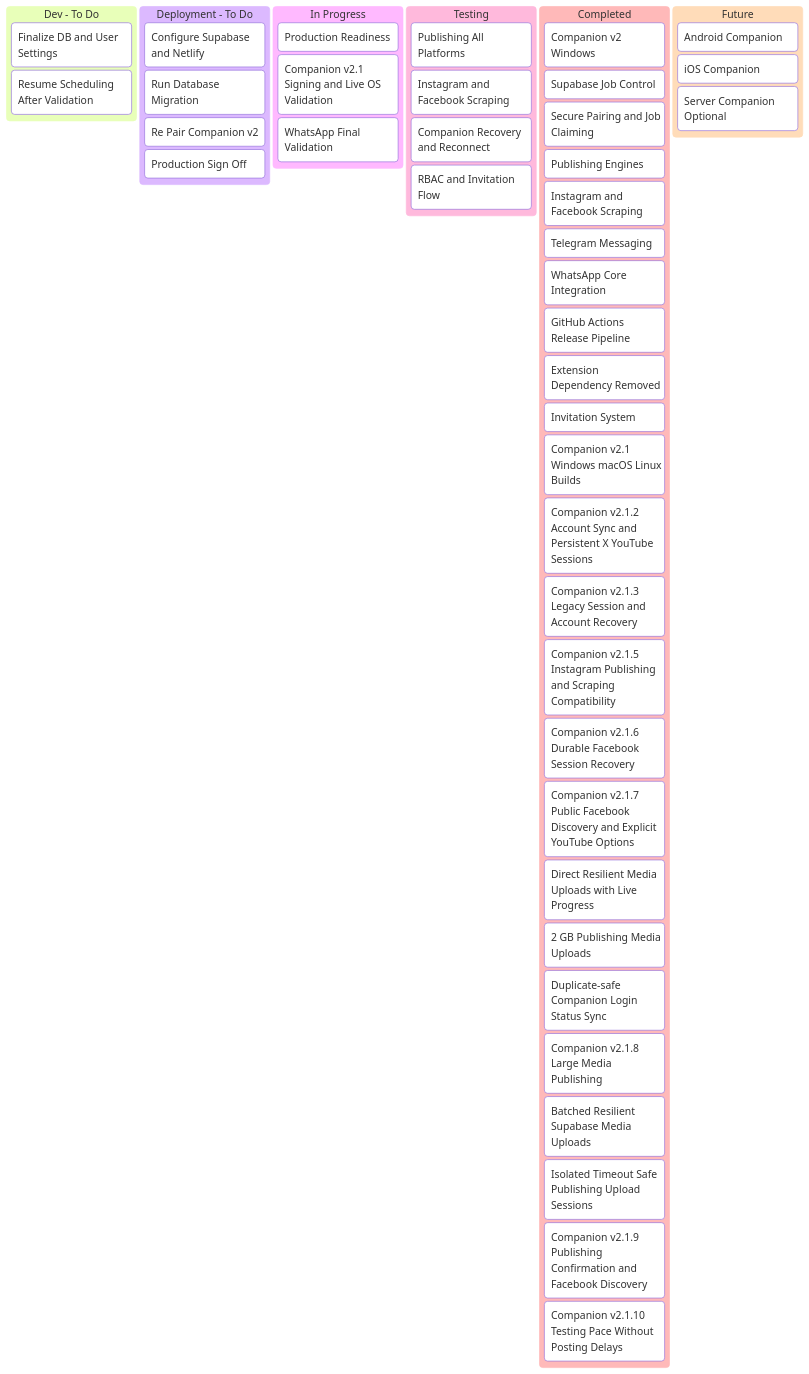
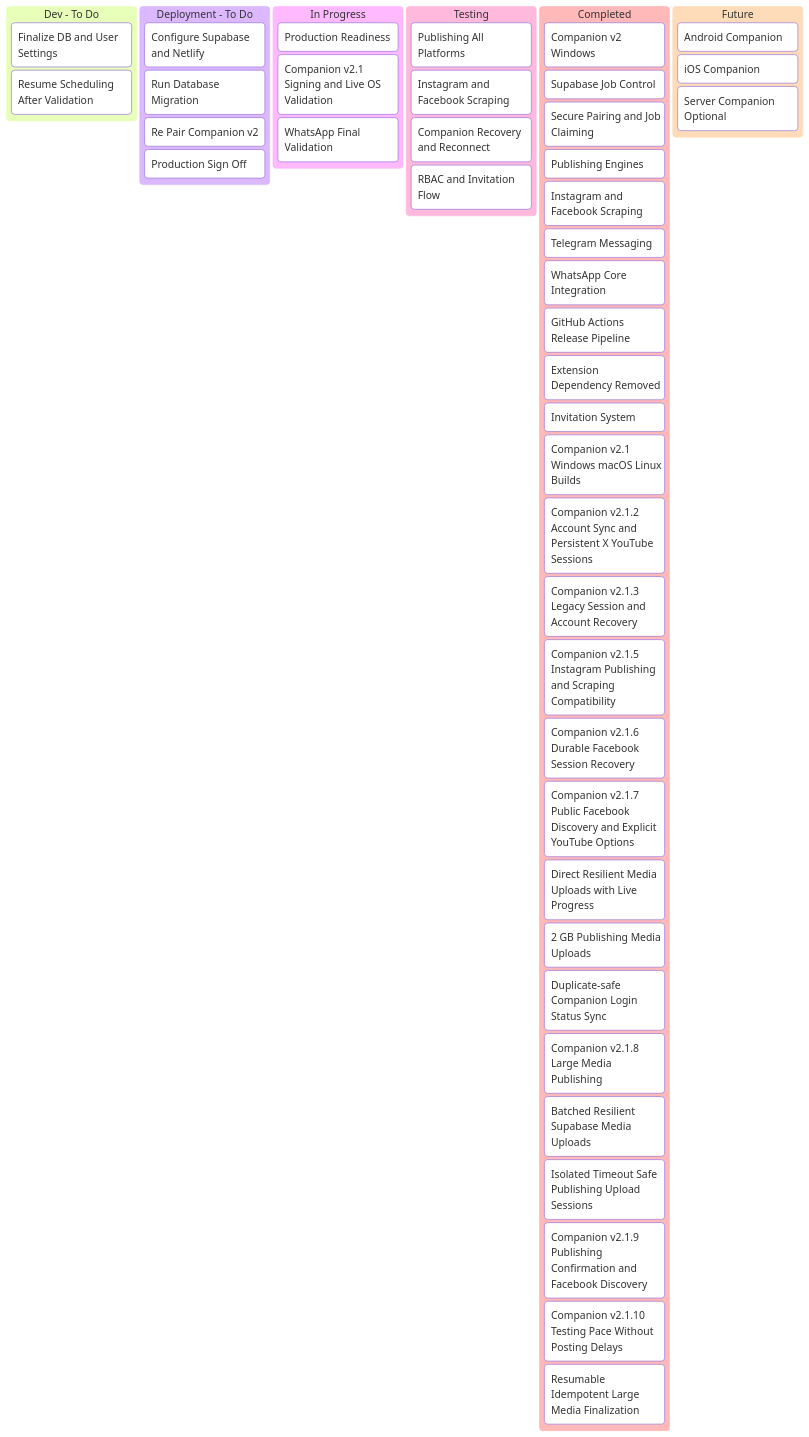
One commit to tinitiateprime/agentic-that changed the first of 2 diagrams in agentic-that-project-tracker.md. Above: the diagram before and after it, drawn with Mermaid. The commit also changed 7 other files, not shown here.

Commit message:
fix: make publishing finalization resumable

````diff
--- a/agentic-that-project-tracker.md
+++ b/agentic-that-project-tracker.md
@@ -5,54 +5,55 @@
 ```mermaid
 kanban
   devTodo[Dev - To Do]
     dev1[Finalize DB and User Settings]
     dev2[Resume Scheduling After Validation]
 
   deploymentTodo[Deployment - To Do]
     dep1[Configure Supabase and Netlify]
     dep2[Run Database Migration]
     dep3[Re Pair Companion v2]
     dep4[Production Sign Off]
 
   inProgress[In Progress]
     prog1[Production Readiness]
     prog2[Companion v2.1 Signing and Live OS Validation]
     prog3[WhatsApp Final Validation]
 
   testing[Testing]
     test1[Publishing All Platforms]
     test2[Instagram and Facebook Scraping]
     test3[Companion Recovery and Reconnect]
     test4[RBAC and Invitation Flow]
 
   completed[Completed]
     done1[Companion v2 Windows]
     done2[Supabase Job Control]
     done3[Secure Pairing and Job Claiming]
     done4[Publishing Engines]
     done5[Instagram and Facebook Scraping]
     done6[Telegram Messaging]
     done7[WhatsApp Core Integration]
     done8[GitHub Actions Release Pipeline]
     done9[Extension Dependency Removed]
     done10[Invitation System]
     done11[Companion v2.1 Windows macOS Linux Builds]
     done12[Companion v2.1.2 Account Sync and Persistent X YouTube Sessions]
     done13[Companion v2.1.3 Legacy Session and Account Recovery]
     done14[Companion v2.1.5 Instagram Publishing and Scraping Compatibility]
     done15[Companion v2.1.6 Durable Facebook Session Recovery]
     done16[Companion v2.1.7 Public Facebook Discovery and Explicit YouTube Options]
     done17[Direct Resilient Media Uploads with Live Progress]
     done18[2 GB Publishing Media Uploads]
     done19[Duplicate-safe Companion Login Status Sync]
     done20[Companion v2.1.8 Large Media Publishing]
     done21[Batched Resilient Supabase Media Uploads]
     done22[Isolated Timeout Safe Publishing Upload Sessions]
     done23[Companion v2.1.9 Publishing Confirmation and Facebook Discovery]
     done24[Companion v2.1.10 Testing Pace Without Posting Delays]
+    done25[Resumable Idempotent Large Media Finalization]
 
   future[Future]
     future1[Android Companion]
     future2[iOS Companion]
     future3[Server Companion Optional]
 ```
````
